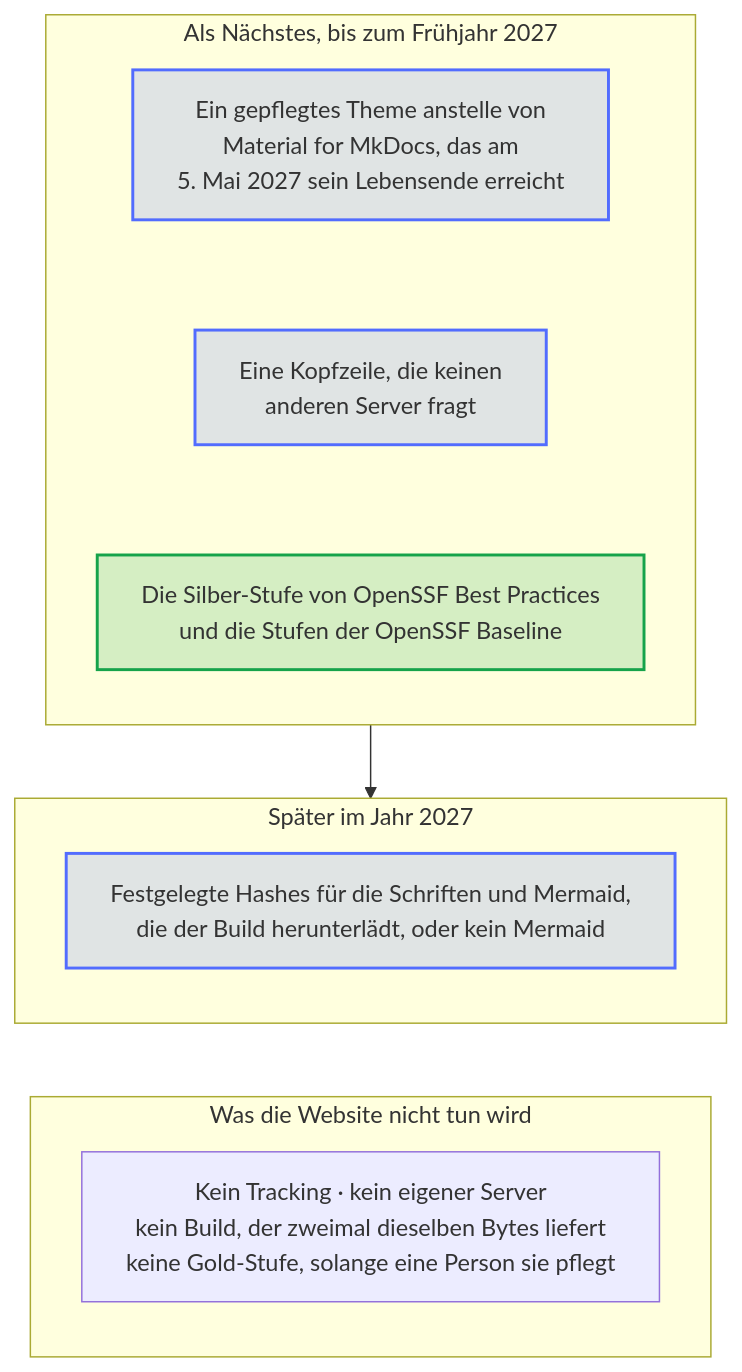
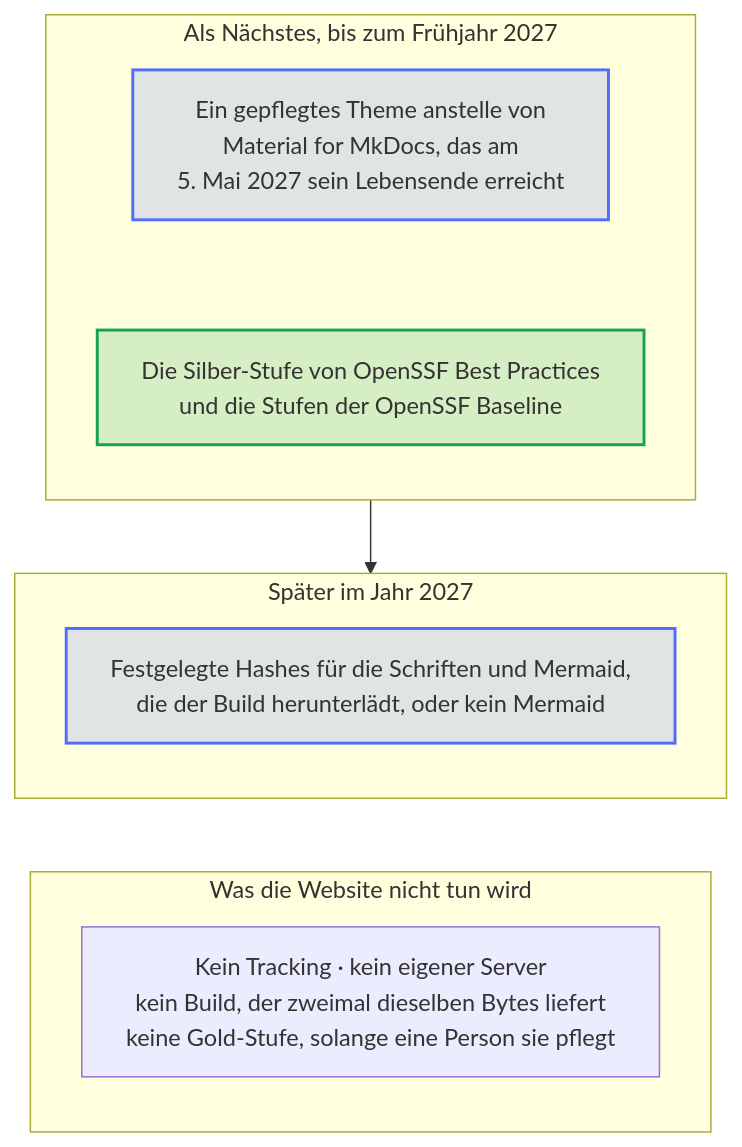
The diagram in docs/diagrams/the-roadmap.de.mmd (Dennis-Otto/dennis-otto.github.io), drawn with Mermaid before and after one commit. The commit also changed 23 other files, not shown here.

```diff
--- a/docs/diagrams/the-roadmap.de.mmd
+++ b/docs/diagrams/the-roadmap.de.mmd
@@ -1,33 +1,32 @@
 ---
 config:
   flowchart:
     wrappingWidth: 400
 ---
 flowchart TB
     accTitle: Der Fahrplan der Website
-    accDescr: Die nächsten Monate bringen ein gepflegtes Theme anstelle von Material for MkDocs, das am 5. Mai 2027 sein Lebensende erreicht, eine Kopfzeile, die keinen anderen Server fragt, und die Silber-Stufe von OpenSSF Best Practices mit den Stufen der OpenSSF Baseline. Später im Jahr 2027 bekommen die Schriften und Mermaid, die der Build herunterlädt, festgelegte Hashes, oder Mermaid wird gar nicht mehr heruntergeladen. Die Website wird ihre Leser nicht verfolgen, keinen eigenen Server betreiben, aus Live-Daten nicht zweimal dieselben Bytes bauen und die Gold-Stufe nicht anstreben, solange eine Person sie pflegt.
+    accDescr: Die nächsten Monate bringen ein gepflegtes Theme anstelle von Material for MkDocs, das am 5. Mai 2027 sein Lebensende erreicht, und die Silber-Stufe von OpenSSF Best Practices mit den Stufen der OpenSSF Baseline. Später im Jahr 2027 bekommen die Schriften und Mermaid, die der Build herunterlädt, festgelegte Hashes, oder Mermaid wird gar nicht mehr heruntergeladen. Die Website wird ihre Leser nicht verfolgen, keinen eigenen Server betreiben, aus Live-Daten nicht zweimal dieselben Bytes bauen und die Gold-Stufe nicht anstreben, solange eine Person sie pflegt.
 
     subgraph next["Als Nächstes, bis zum Frühjahr 2027"]
         direction TB
         theme["Ein gepflegtes Theme anstelle von<br>Material for MkDocs, das am<br>5. Mai 2027 sein Lebensende erreicht"]
-        header["Eine Kopfzeile, die keinen<br>anderen Server fragt"]
         silver["Die Silber-Stufe von OpenSSF Best Practices<br>und die Stufen der OpenSSF Baseline"]
     end
     subgraph later["Später im Jahr 2027"]
         direction TB
         pinned["Festgelegte Hashes für die Schriften und Mermaid,<br>die der Build herunterlädt, oder kein Mermaid"]
     end
     subgraph never["Was die Website nicht tun wird"]
         direction TB
         wont["Kein Tracking · kein eigener Server<br>kein Build, der zweimal dieselben Bytes liefert<br>keine Gold-Stufe, solange eine Person sie pflegt"]
     end
 
-    theme ~~~ header ~~~ silver
+    theme ~~~ silver
     next --> later
     later ~~~ never
 
     classDef bot fill:#526cfe2e,stroke:#526cfe,stroke-width:2px
     classDef person fill:#f59e0b2e,stroke:#f59e0b,stroke-width:2px
     classDef done fill:#16a34a2e,stroke:#16a34a,stroke-width:2px
-    class theme,header,pinned bot
+    class theme,pinned bot
     class silver done
```
